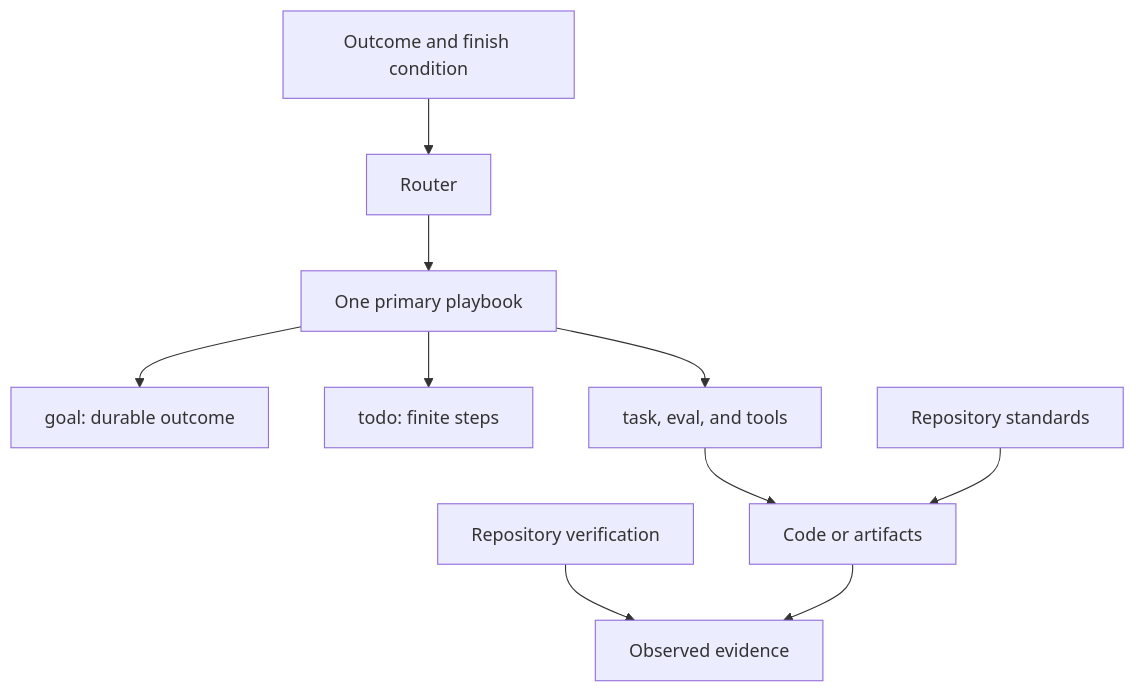
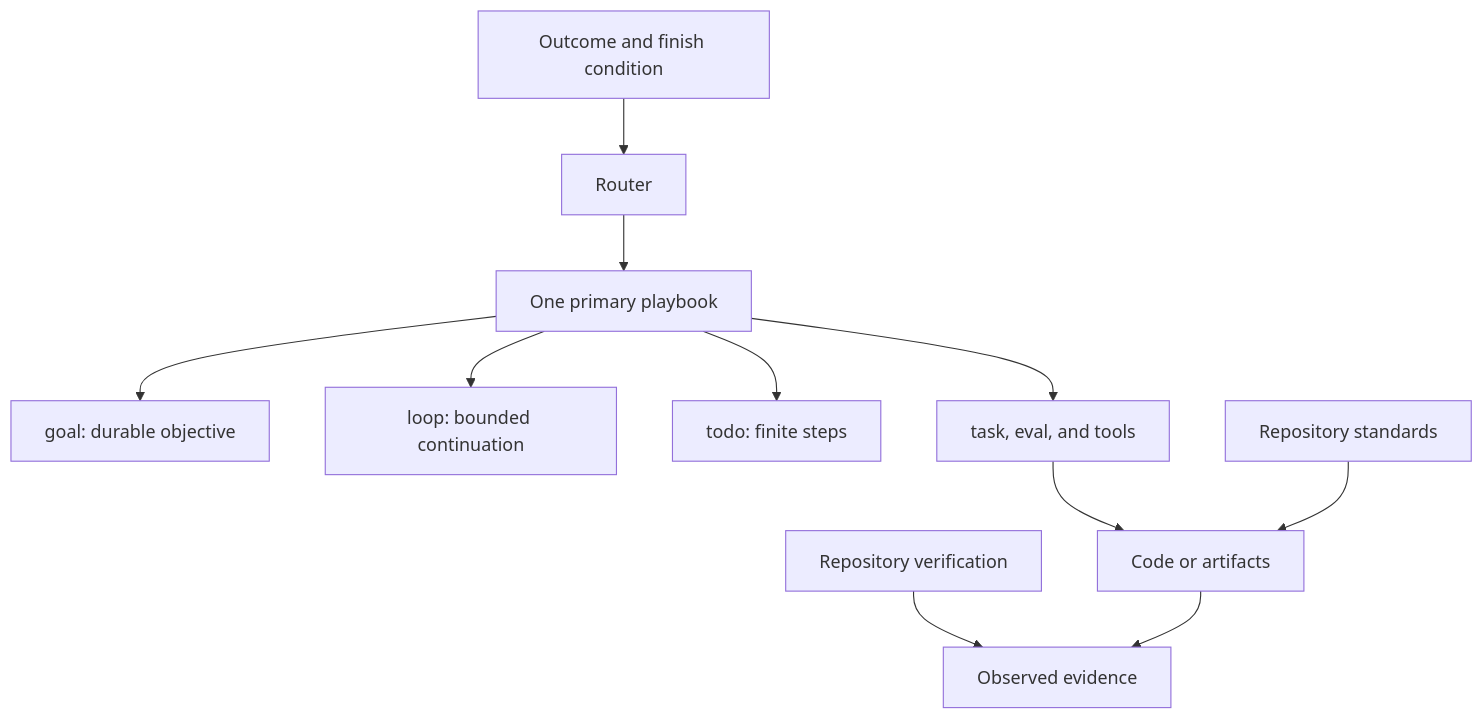
The diagram in docs/guide/01-mental-model.md (ajoslin/eng-mode), drawn with Mermaid before and after one commit. The commit also changed other lines of this file and 41 other files, not shown here.

````diff
--- a/docs/guide/01-mental-model.md
+++ b/docs/guide/01-mental-model.md
@@ -5,12 +5,13 @@
 ```mermaid
 flowchart TD
   U[Outcome and finish condition] --> R[Router]
   R --> P[One primary playbook]
-  P --> G[goal: durable outcome]
+  P --> G[goal: durable objective]
+  P --> L[loop: bounded continuation]
   P --> T[todo: finite steps]
   P --> D[task, eval, and tools]
   D --> C[Code or artifacts]
   S[Repository standards] --> C
   V[Repository verification] --> E[Observed evidence]
   C --> E
 ```
````
